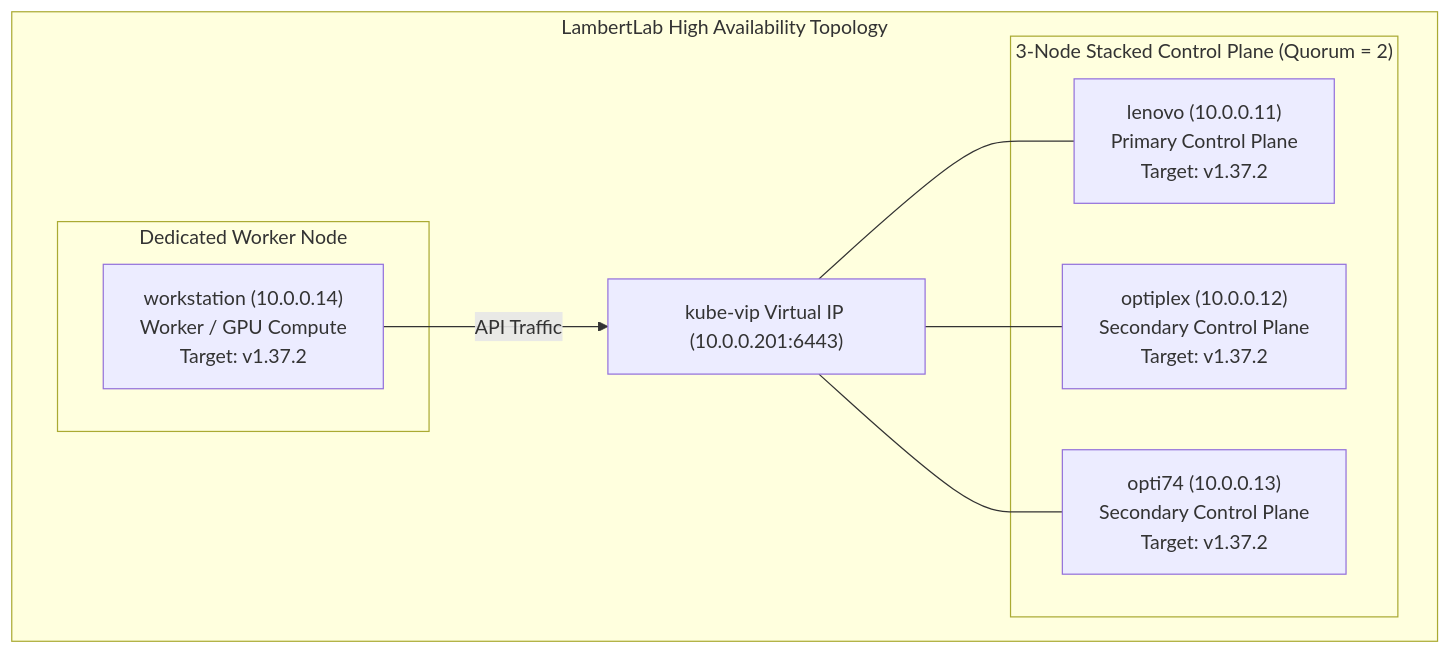
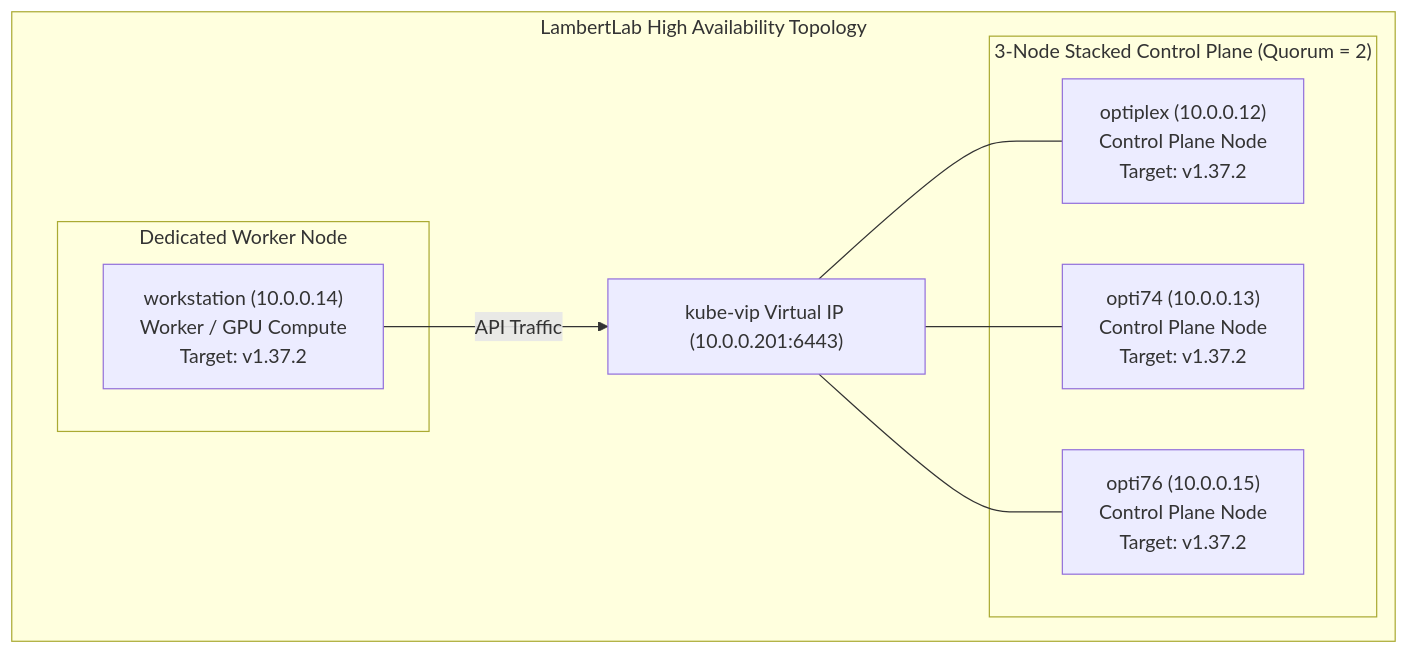
Before and after one commit to ChrisLambert03/homelab: the diagram in docs/runbooks/kubeadm-control-plane-upgrade.md, drawn with Mermaid. The commit also changed other lines of this file and 3 other files, not shown here.

Commit message:
docs: document node retirement SOP, update control plane topology, and upgrade runbook

````diff
--- a/docs/runbooks/kubeadm-control-plane-upgrade.md
+++ b/docs/runbooks/kubeadm-control-plane-upgrade.md
@@ -9,21 +9,21 @@
 ```mermaid
 flowchart TD
     subgraph Cluster["LambertLab High Availability Topology"]
         VIP["kube-vip Virtual IP (10.0.0.201:6443)"]
         
         subgraph CP["3-Node Stacked Control Plane (Quorum = 2)"]
-            Lenovo["lenovo (10.0.0.11)<br/>Primary Control Plane<br/>Target: v1.37.2"]
-            Optiplex["optiplex (10.0.0.12)<br/>Secondary Control Plane<br/>Target: v1.37.2"]
-            Opti74["opti74 (10.0.0.13)<br/>Secondary Control Plane<br/>Target: v1.37.2"]
+            Optiplex["optiplex (10.0.0.12)<br/>Control Plane Node<br/>Target: v1.37.2"]
+            Opti74["opti74 (10.0.0.13)<br/>Control Plane Node<br/>Target: v1.37.2"]
+            Opti76["opti76 (10.0.0.15)<br/>Control Plane Node<br/>Target: v1.37.2"]
         end
 
         subgraph Worker["Dedicated Worker Node"]
             Workstation["workstation (10.0.0.14)<br/>Worker / GPU Compute<br/>Target: v1.37.2"]
         end
 
-        VIP --- Lenovo
         VIP --- Optiplex
         VIP --- Opti74
+        VIP --- Opti76
         Workstation -->|API Traffic| VIP
     end
 ```
````
